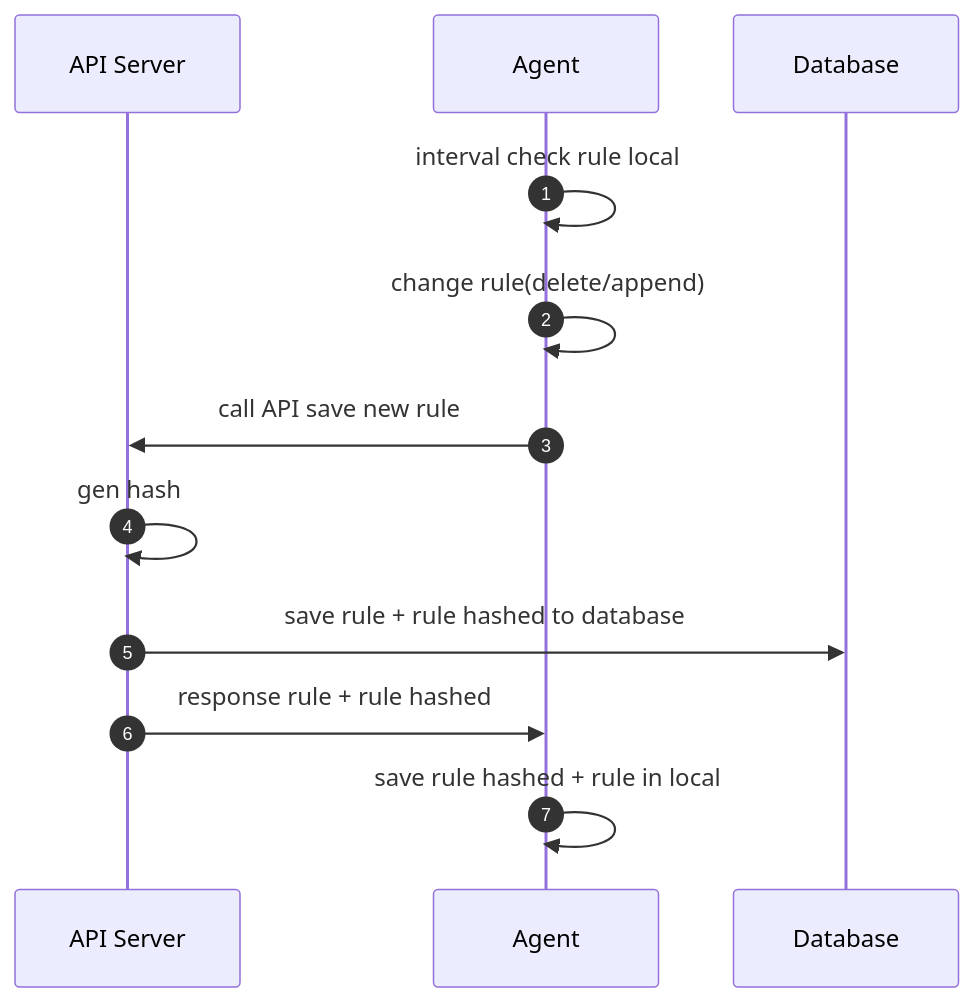
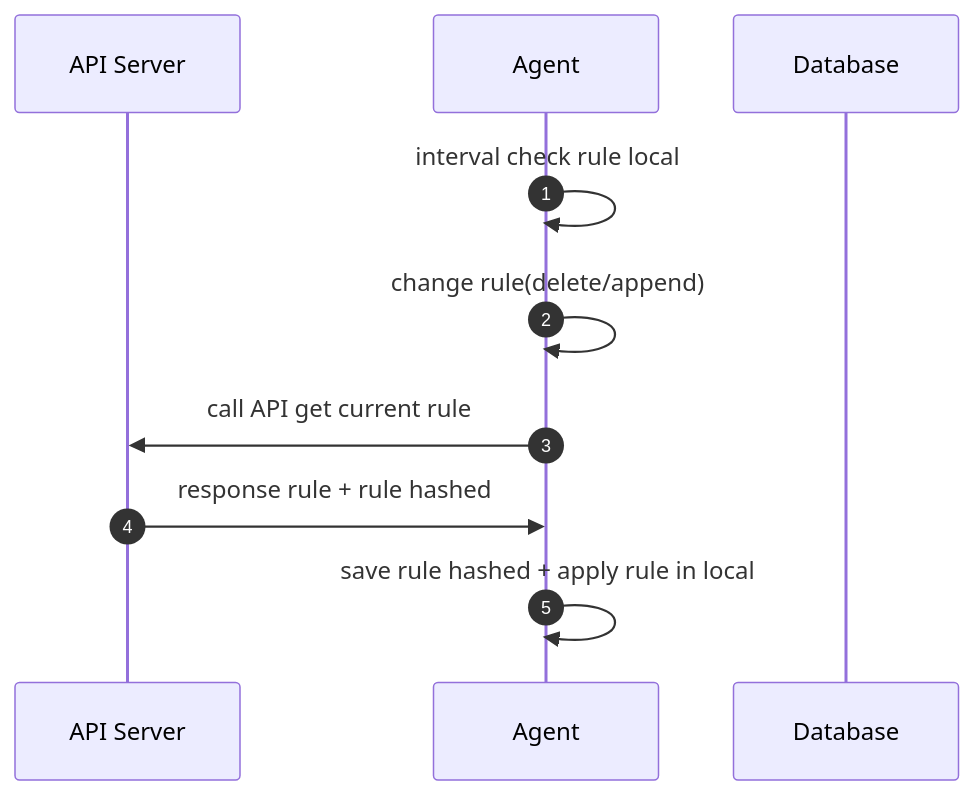
The second of 4 diagrams in case-studies/policy/usecase.md (bamboo-firewall/docs), drawn with Mermaid before and after one commit.

Commit message:
policy-usecase not allow change from nodes

```````diff
--- a/case-studies/policy/usecase.md
+++ b/case-studies/policy/usecase.md
@@ -24,14 +24,12 @@
 ``````mermaid
 sequenceDiagram
 autonumber
 participant APIS as API Server
 participant Agent as Agent
 participant DB as Database
 Agent ->> Agent: interval check rule local
 Agent ->> Agent: change rule(delete/append)
-Agent ->> APIS: call API save new rule
-APIS ->> APIS: gen hash
-APIS ->> DB: save rule + rule hashed to database
+Agent ->> APIS: call API get current rule
 APIS ->> Agent: response rule + rule hashed
-Agent ->> Agent: save rule hashed + rule in local
+Agent ->> Agent: save rule hashed + apply rule in local
 ``````
```````
